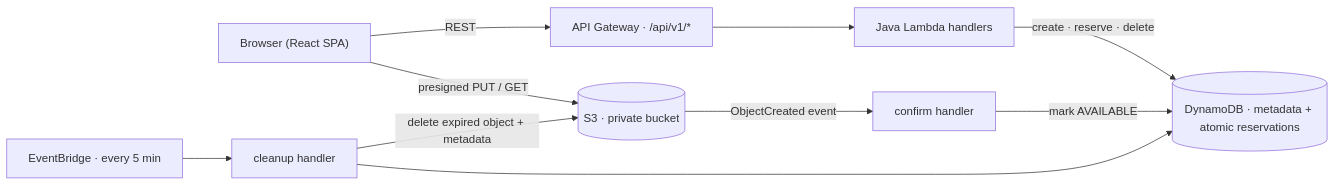
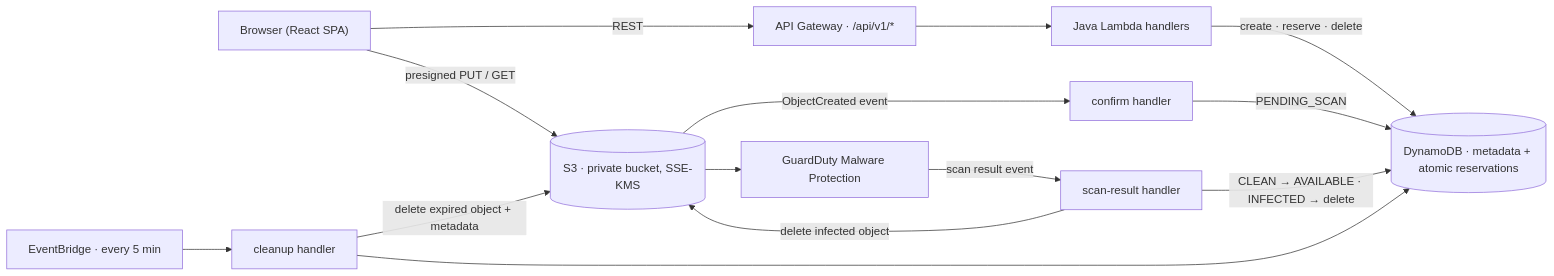
Before and after one commit to MrPurple666/GhostDrop: the diagram in README.md, drawn with Mermaid. The commit also changed other lines of this file and 4 other files, not shown here.

Commit message:
docs: document malware scan gate and SSE-KMS

````diff
--- a/README.md
+++ b/README.md
@@ -32,21 +36,27 @@
 ```mermaid
 flowchart LR
     Browser["Browser (React SPA)"]
     Gateway["API Gateway · /api/v1/*"]
     Handlers["Java Lambda handlers"]
     Dynamo[("DynamoDB · metadata + atomic reservations")]
-    Bucket[("S3 · private bucket")]
+    Bucket[("S3 · private bucket, SSE-KMS")]
+    Scan["GuardDuty Malware Protection"]
     Confirm["confirm handler"]
+    ScanResult["scan-result handler"]
     Cleanup["cleanup handler"]
     Clock["EventBridge · every 5 min"]
 
     Browser -- "presigned PUT / GET" --> Bucket
     Browser -- REST --> Gateway
     Gateway --> Handlers
     Handlers -- "create · reserve · delete" --> Dynamo
     Bucket -- "ObjectCreated event" --> Confirm
-    Confirm -- "mark AVAILABLE" --> Dynamo
+    Confirm -- "PENDING_SCAN" --> Dynamo
+    Bucket --> Scan
+    Scan -- "scan result event" --> ScanResult
+    ScanResult -- "CLEAN → AVAILABLE · INFECTED → delete" --> Dynamo
+    ScanResult -- "delete infected object" --> Bucket
     Clock --> Cleanup
     Cleanup -- "delete expired object + metadata" --> Bucket
     Cleanup --> Dynamo
 ```
````
